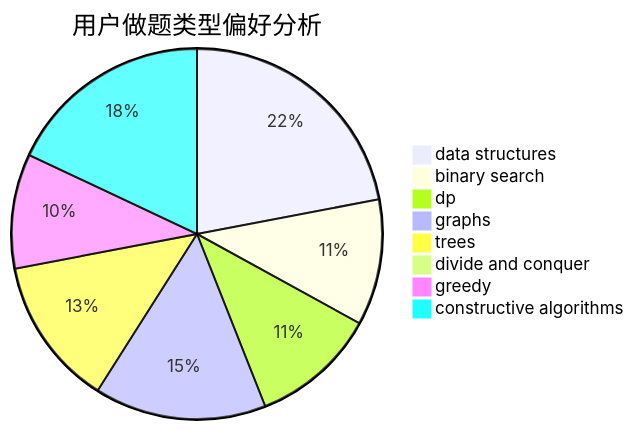
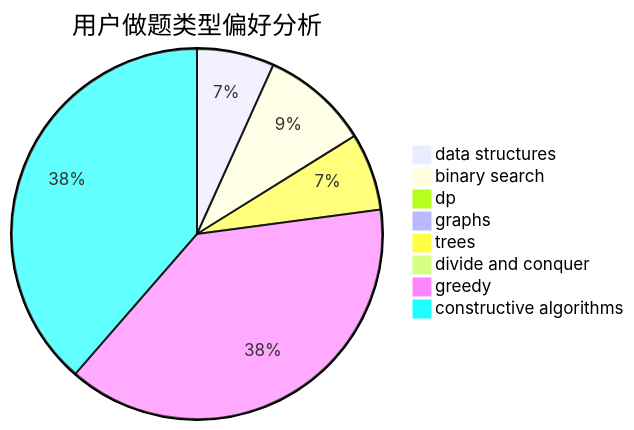
The second of 3 diagrams in docs/user/u473.md (sherpahu/cfrs.github.io), drawn with Mermaid before and after one commit. The commit also changed other lines of this file and 2770 other files, not shown here.

````diff
--- a/docs/user/u473.md
+++ b/docs/user/u473.md
@@ -23,11 +23,11 @@
 ```mermaid
 pie title 用户做题类型偏好分析
-    "data structures" :  22
-    "binary search" :  11
-    "dp" :  11
-    "graphs" :  15
-    "trees" :  13
+    "data structures" :  64
+    "binary search" :  89
+    "dp" :  7
+    "graphs" :  4
+    "trees" :  64
     "divide and conquer" :  0
-    "greedy" :  10
-    "constructive algorithms" :  18
+    "greedy" :  365
+    "constructive algorithms" :  366
 ```
````
